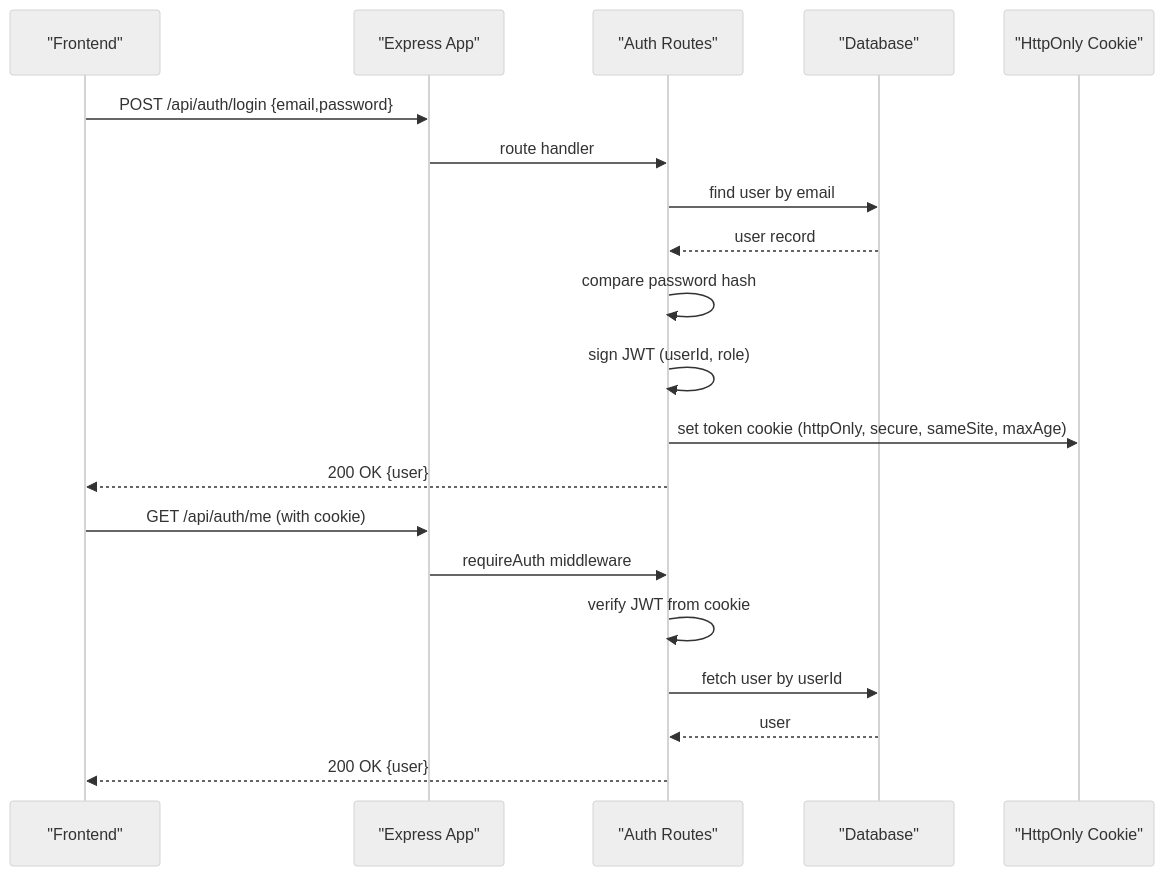
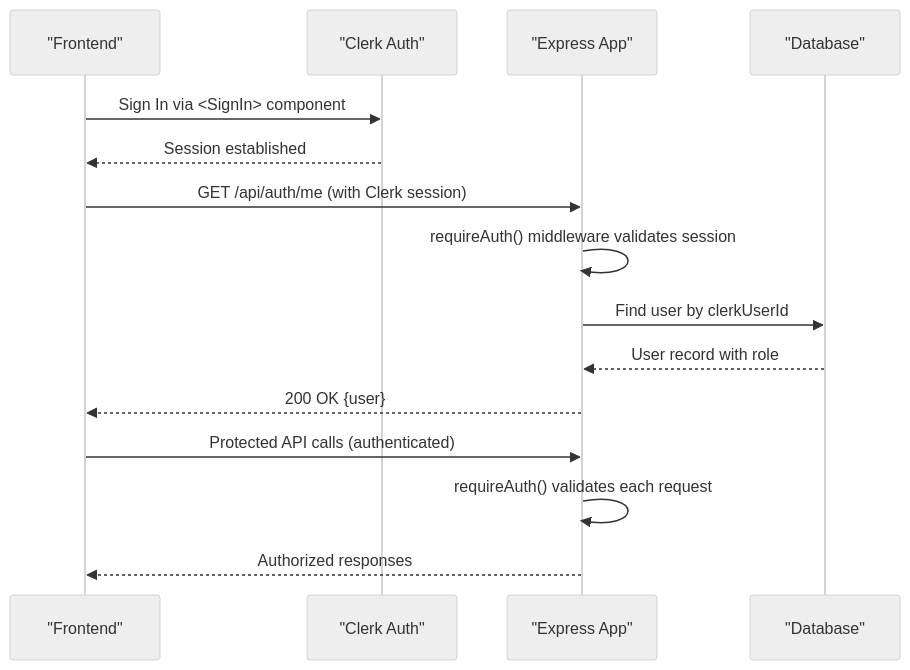
One commit to ZandileMkontwana/olympiad-portal changed the second of 3 diagrams in .qoder/repowiki/en/content/Authentication & Authorization/Authentication & Authorization.md. Above: the diagram before and after it, drawn with Mermaid (neutral theme). The commit also changed other lines of this file and 16 other files, not shown here.

Commit message:
fix: test(backend): update tests for Clerk auth and Supabase storage

````diff
--- a/.qoder/repowiki/en/content/Authentication & Authorization/Authentication & Authorization.md
+++ b/.qoder/repowiki/en/content/Authentication & Authorization/Authentication & Authorization.md
@@ -89,22 +99,17 @@
 ```mermaid
 sequenceDiagram
 participant Client as "Frontend"
+participant Clerk as "Clerk Auth"
 participant API as "Express App"
-participant AuthRoutes as "Auth Routes"
 participant DB as "Database"
-participant Cookie as "HttpOnly Cookie"
-Client->>API : POST /api/auth/login {email,password}
-API->>AuthRoutes : route handler
-AuthRoutes->>DB : find user by email
-DB-->>AuthRoutes : user record
-AuthRoutes->>AuthRoutes : compare password hash
-AuthRoutes->>AuthRoutes : sign JWT (userId, role)
-AuthRoutes->>Cookie : set token cookie (httpOnly, secure, sameSite, maxAge)
-AuthRoutes-->>Client : 200 OK {user}
-Client->>API : GET /api/auth/me (with cookie)
-API->>AuthRoutes : requireAuth middleware
-AuthRoutes->>AuthRoutes : verify JWT from cookie
-AuthRoutes->>DB : fetch user by userId
-DB-->>AuthRoutes : user
-AuthRoutes-->>Client : 200 OK {user}
+Client->>Clerk : Sign In via <SignIn> component
+Clerk-->>Client : Session established
+Client->>API : GET /api/auth/me (with Clerk session)
+API->>API : requireAuth() middleware validates session
+API->>DB : Find user by clerkUserId
+DB-->>API : User record with role
+API-->>Client : 200 OK {user}
+Client->>API : Protected API calls (authenticated)
+API->>API : requireAuth() validates each request
+API-->>Client : Authorized responses
 ```
````
